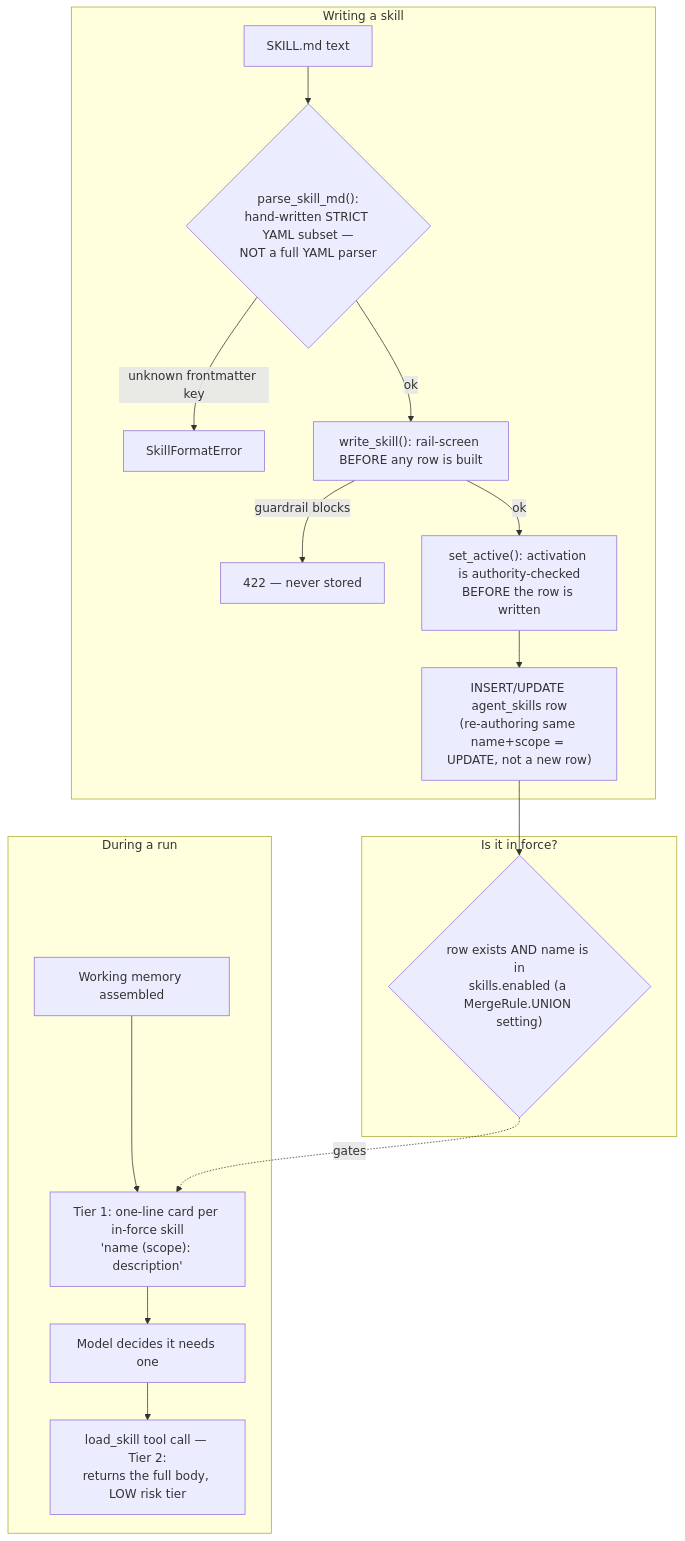
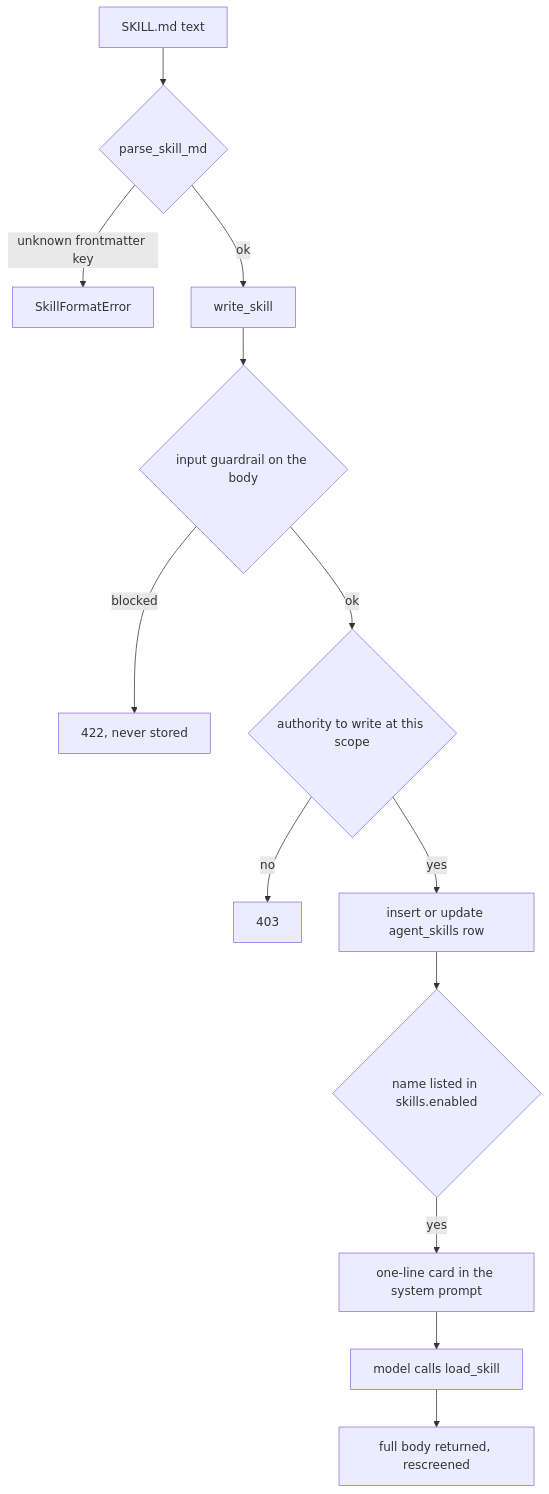
One commit to yrevash/aegis changed the diagram in docs/teaching/skills.md. Above: the diagram before and after it, drawn with Mermaid. The commit also changed other lines of this file and 29 other files, not shown here.

````diff
--- a/docs/teaching/skills.md
+++ b/docs/teaching/skills.md
@@ -26,20 +24,15 @@
 ```mermaid
 flowchart TD
-    subgraph AUTHOR["Writing a skill"]
-        A[SKILL.md text] --> B{"parse_skill_md():<br/>hand-written STRICT YAML subset —<br/>NOT a full YAML parser"}
-        B -->|unknown frontmatter key| REFUSE1[SkillFormatError]
-        B -->|ok| C["write_skill(): rail-screen BEFORE any row is built"]
-        C -->|guardrail blocks| REFUSE2[422 — never stored]
-        C -->|ok| D["set_active(): activation is authority-checked<br/>BEFORE the row is written"]
-        D --> E["INSERT/UPDATE agent_skills row<br/>(re-authoring same name+scope = UPDATE, not a new row)"]
-    end
-    subgraph FORCE["Is it in force?"]
-        E --> F{"row exists AND name is in<br/>skills.enabled (a MergeRule.UNION setting)"}
-    end
-    subgraph RUN["During a run"]
-        G[Working memory assembled] --> H["Tier 1: one-line card per in-force skill<br/>'name (scope): description'"]
-        H --> I[Model decides it needs one]
-        I --> J["load_skill tool call — Tier 2:<br/>returns the full body, LOW risk tier"]
-    end
-    F -.gates.-> H
+    A["SKILL.md text"] --> B{parse_skill_md}
+    B -->|unknown frontmatter key| R1[SkillFormatError]
+    B -->|ok| C[write_skill]
+    C --> D{input guardrail on the body}
+    D -->|blocked| R2[422, never stored]
+    D -->|ok| E{authority to write at this scope}
+    E -->|no| R3[403]
+    E -->|yes| F[insert or update agent_skills row]
+    F --> G{"name listed in skills.enabled"}
+    G -->|yes| H[one-line card in the system prompt]
+    H --> I[model calls load_skill]
+    I --> J[full body returned, rescreened]
 ```
````
